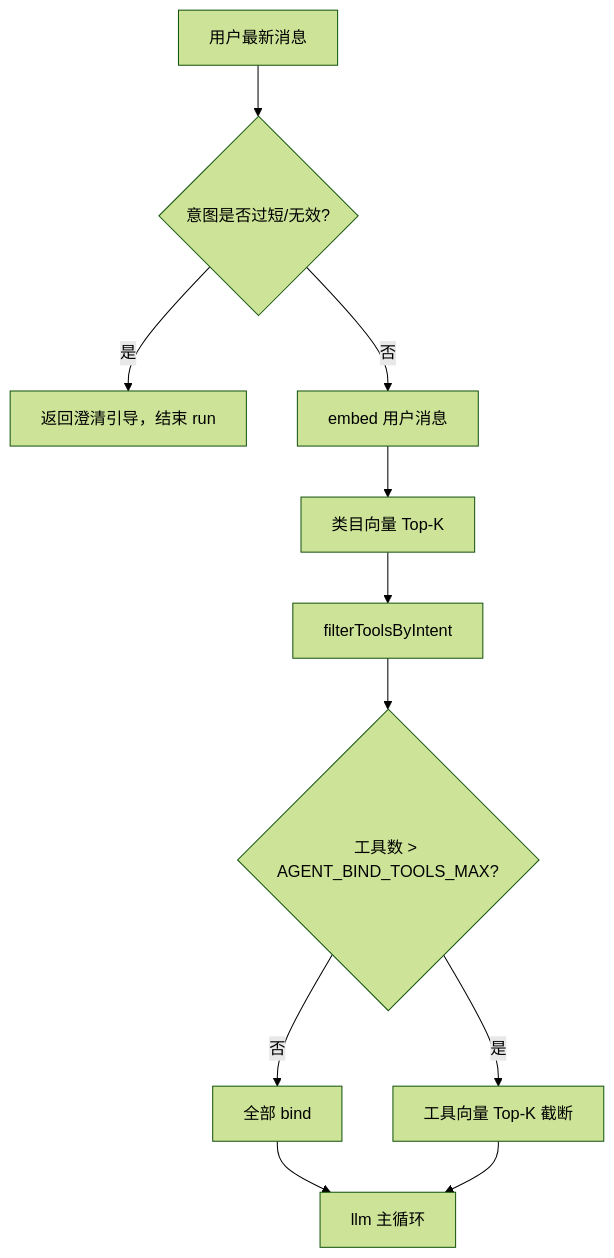
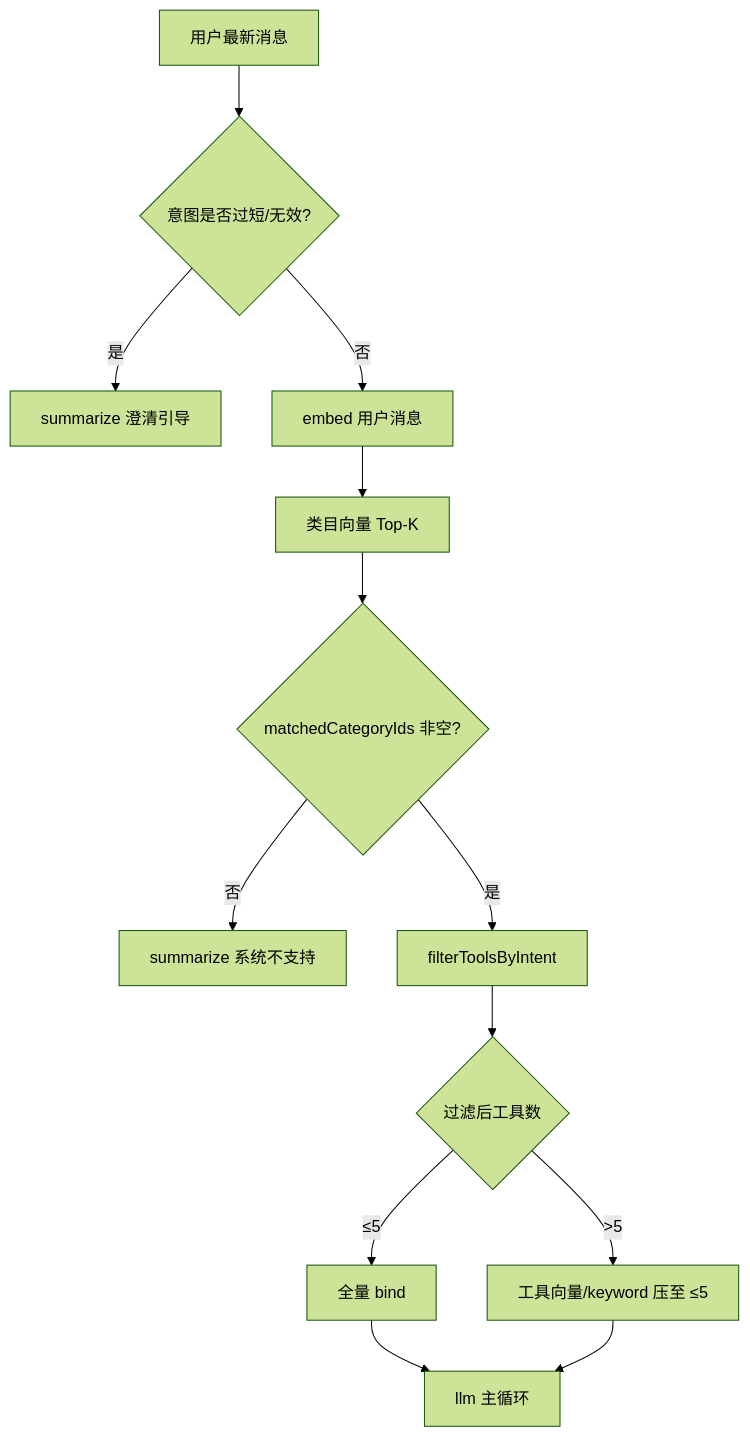
Before and after one commit to cly-dev/ai-agent: the diagram in src/core/intent/intent.md, drawn with Mermaid (forest theme). The commit also changed other lines of this file and 82 other files, not shown here.

````diff
--- a/src/core/intent/intent.md
+++ b/src/core/intent/intent.md
@@ -38,13 +38,15 @@
 ```mermaid
 flowchart TD
   A[用户最新消息] --> B{意图是否过短/无效?}
-  B -->|是| C[返回澄清引导，结束 run]
+  B -->|是| C[summarize 澄清引导]
   B -->|否| D[embed 用户消息]
   D --> E[类目向量 Top-K]
-  E --> F[filterToolsByIntent]
-  F --> G{工具数 > AGENT_BIND_TOOLS_MAX?}
-  G -->|否| H[全部 bind]
-  G -->|是| I[工具向量 Top-K 截断]
-  H --> J[llm 主循环]
-  I --> J
+  E --> F{matchedCategoryIds 非空?}
+  F -->|否| U[summarize 系统不支持]
+  F -->|是| G[filterToolsByIntent]
+  G --> H{过滤后工具数}
+  H -->|≤5| I[全量 bind]
+  H -->|>5| J[工具向量/keyword 压至 ≤5]
+  I --> K[llm 主循环]
+  J --> K
 ```
````
